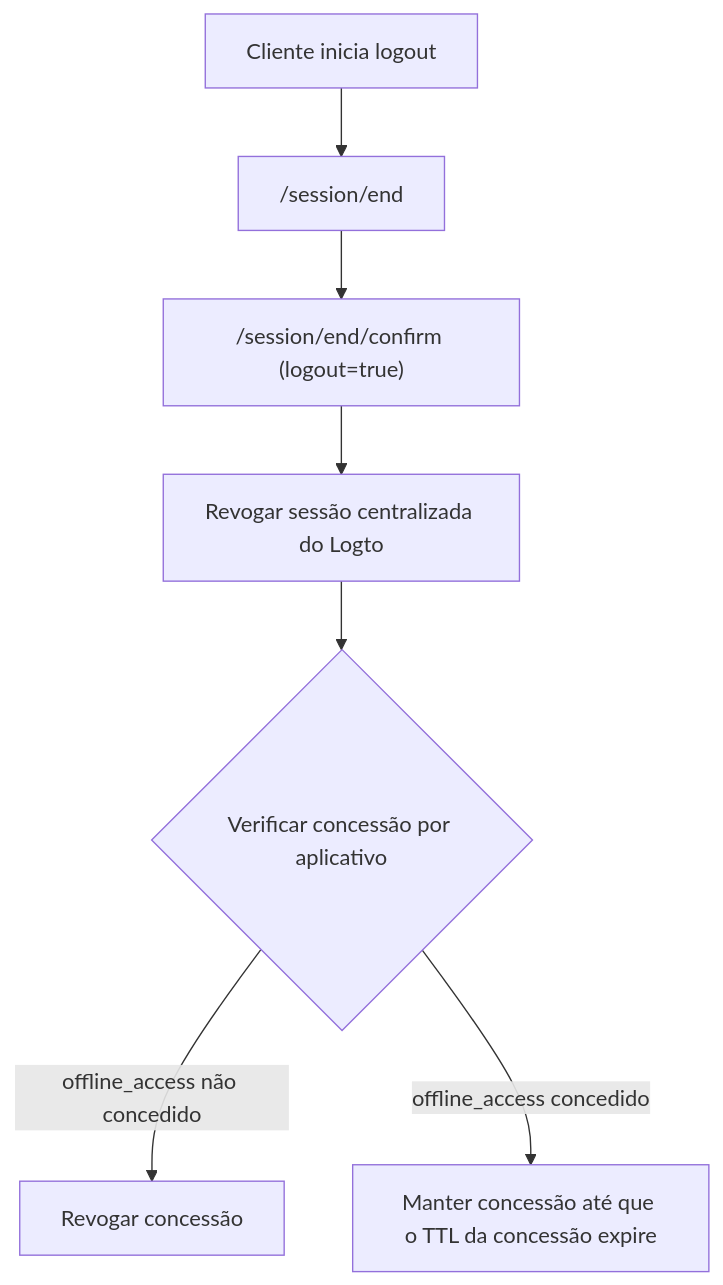
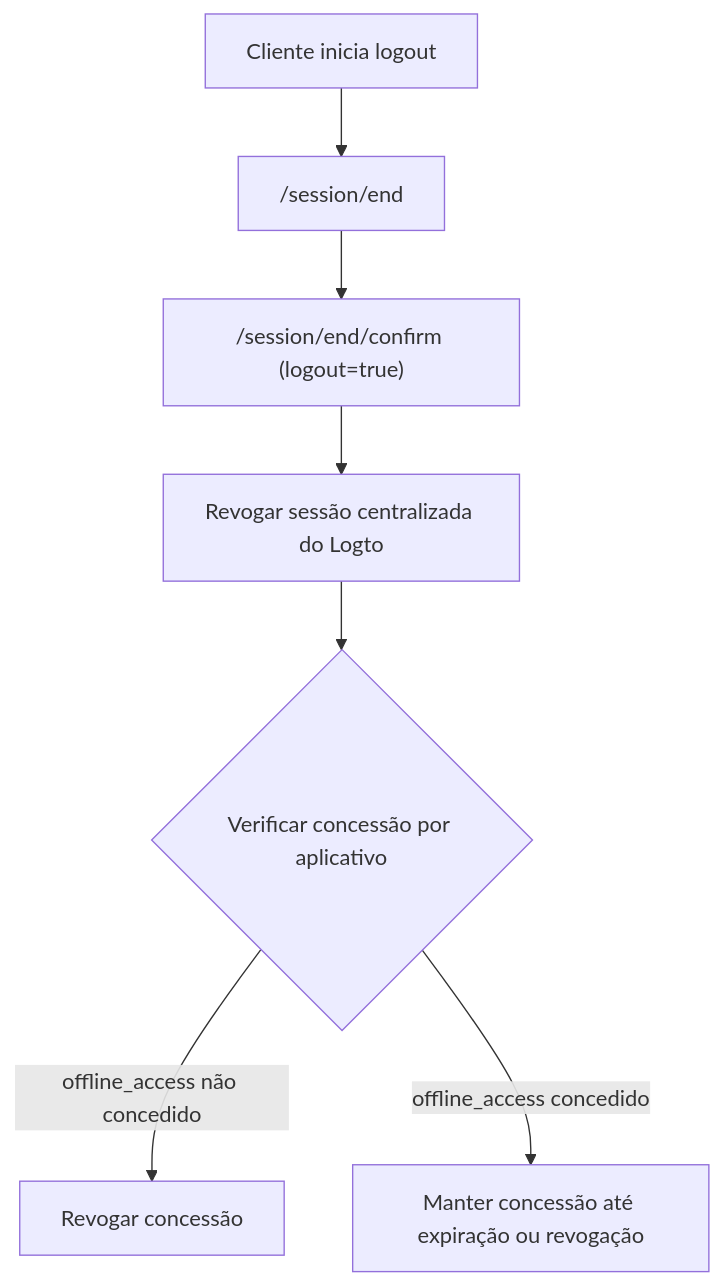
The diagram in i18n/pt-BR/docusaurus-plugin-content-docs/current/end-user-flows/sign-out.mdx (logto-io/docs), drawn with Mermaid before and after one commit. The commit also changed other lines of this file and 66 other files, not shown here.

````diff
--- a/i18n/pt-BR/docusaurus-plugin-content-docs/current/end-user-flows/sign-out.mdx
+++ b/i18n/pt-BR/docusaurus-plugin-content-docs/current/end-user-flows/sign-out.mdx
@@ -45,9 +45,9 @@
 ```mermaid
 flowchart TD
   A["Cliente inicia logout"] --> B["/session/end"]
   B --> C["/session/end/confirm (logout=true)"]
   C --> D["Revogar sessão centralizada do Logto"]
   D --> E{"Verificar concessão por aplicativo"}
   E -->|"offline_access não concedido"| F["Revogar concessão"]
-  E -->|"offline_access concedido"| G["Manter concessão até que o TTL da concessão expire"]
+  E -->|"offline_access concedido"| G["Manter concessão até expiração ou revogação"]
 ```
````
